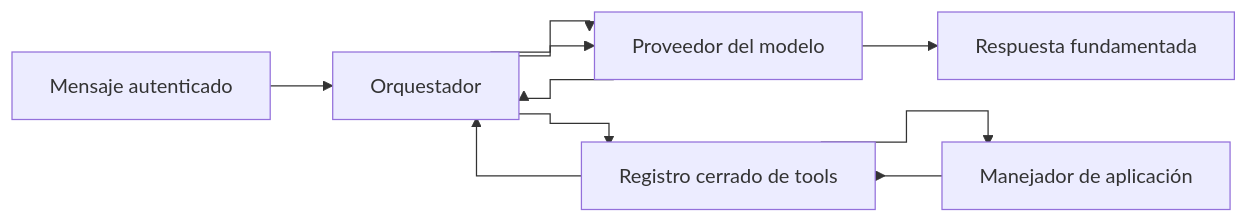
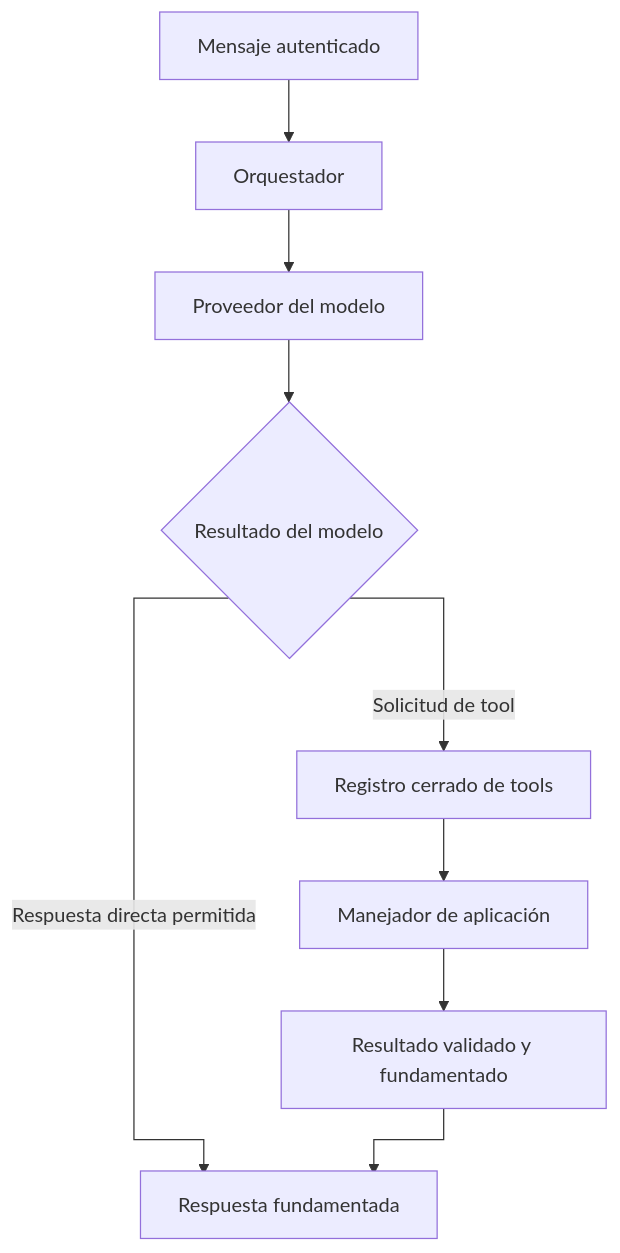
One commit to DappyDogs/dappydogs-chatbot-api changed the diagram in docs/ORQUESTACION-DE-MODELO.md. Above: the diagram before and after it, drawn with Mermaid. The commit also changed 15 other files, not shown here.

````diff
--- a/docs/ORQUESTACION-DE-MODELO.md
+++ b/docs/ORQUESTACION-DE-MODELO.md
@@ -9,20 +9,21 @@
 ```mermaid
 %%{init: {"flowchart": {"curve": "stepAfter"}}}%%
-flowchart LR
+flowchart TB
     USER["Mensaje autenticado"]
     ORCH["Orquestador"]
     MODEL["Proveedor del modelo"]
+    DECISION{"Resultado del modelo"}
     REGISTRY["Registro cerrado de tools"]
     HANDLER["Manejador de aplicación"]
+    GROUNDED["Resultado validado y fundamentado"]
     RESULT["Respuesta fundamentada"]
 
     USER --> ORCH
     ORCH --> MODEL
-    MODEL --> ORCH
-    ORCH --> REGISTRY
+    MODEL --> DECISION
+    DECISION -->|Respuesta directa permitida| RESULT
+    DECISION -->|Solicitud de tool| REGISTRY
     REGISTRY --> HANDLER
-    HANDLER --> REGISTRY
-    REGISTRY --> ORCH
-    ORCH --> MODEL
-    MODEL --> RESULT
+    HANDLER --> GROUNDED
+    GROUNDED --> RESULT
 ```
````
